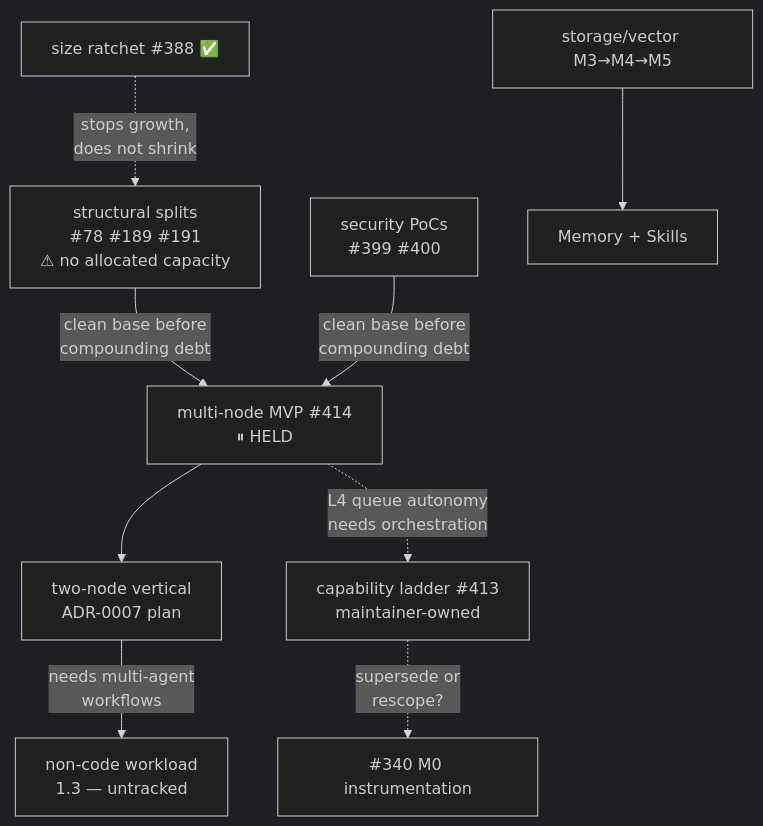
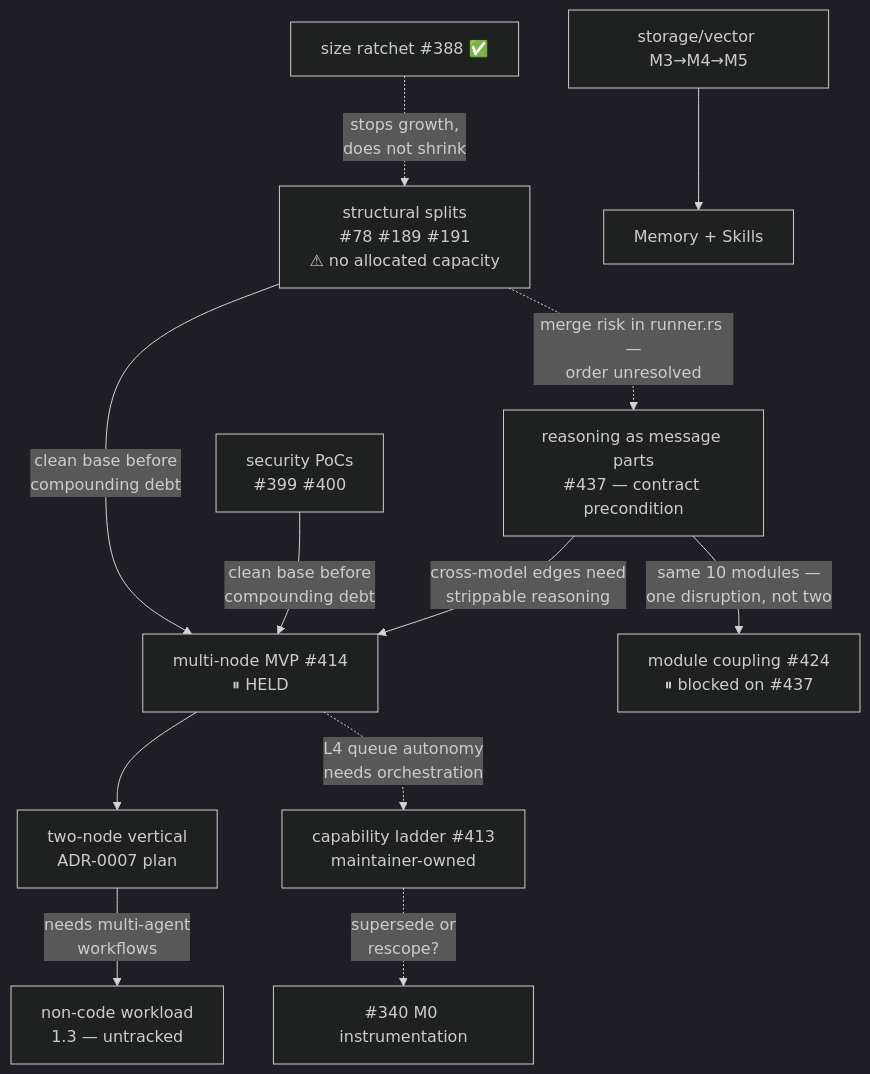
The diagram in STATUS.md (bricef/factor-q), drawn with Mermaid (dark theme) before and after one commit. The commit also changed other lines of this file, not shown here.

First line of the commit message:
docs(status): sequence #437 ahead of the multi-node MVP and coupling epic

````diff
--- a/STATUS.md
+++ b/STATUS.md
@@ -126,13 +126,17 @@
 ```mermaid
 flowchart TD
   ratchet["size ratchet #388 ✅"] -.->|"stops growth,<br/>does not shrink"| splits
   splits["structural splits<br/>#78 #189 #191<br/>⚠ no allocated capacity"]
   secpoc["security PoCs<br/>#399 #400"]
   splits -->|"clean base before<br/>compounding debt"| mvp
   secpoc -->|"clean base before<br/>compounding debt"| mvp
+  parts["reasoning as message parts<br/>#437 — contract precondition"]
+  parts -->|"cross-model edges need<br/>strippable reasoning"| mvp
+  parts -->|"same 10 modules —<br/>one disruption, not two"| coupling["module coupling #424<br/>⏸ blocked on #437"]
   mvp["multi-node MVP #414<br/>⏸ HELD"] --> vertical["two-node vertical<br/>ADR-0007 plan"]
   vertical -->|"needs multi-agent<br/>workflows"| noncode["non-code workload<br/>1.3 — untracked"]
   storage["storage/vector M3→M4→M5"] --> memskills["Memory + Skills"]
   ladder["capability ladder #413<br/>maintainer-owned"] -.->|"supersede or<br/>rescope?"| m0["#340 M0 instrumentation"]
   mvp -.->|"L4 queue autonomy<br/>needs orchestration"| ladder
+  splits -.->|"merge risk in runner.rs —<br/>order unresolved"| parts
 ```
````
